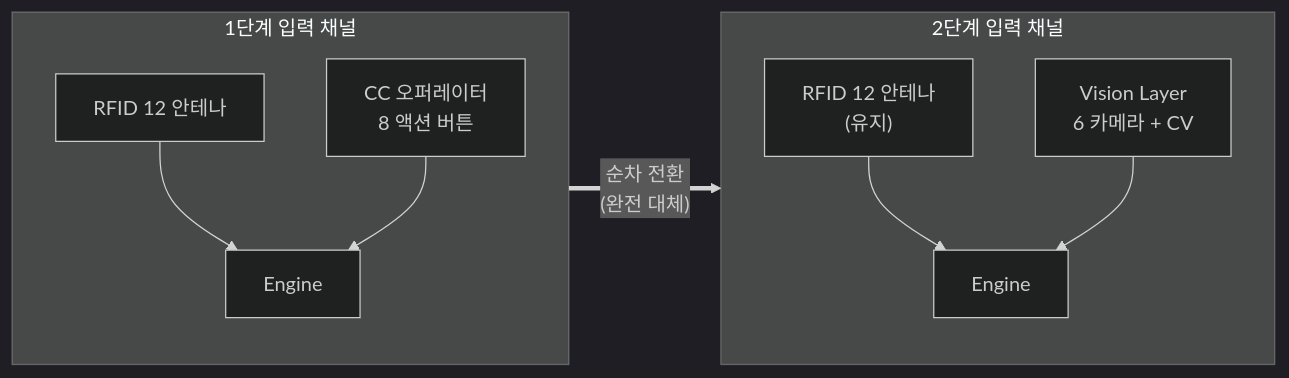
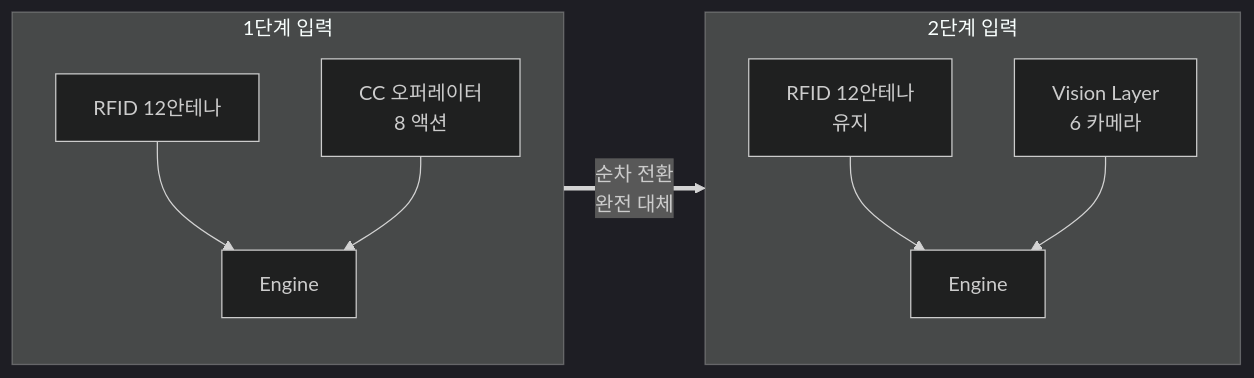
Diagram 15 of 18 in docs/1. Product/Foundation.md (garimto81/ebs_github), drawn with Mermaid (dark theme) before and after one commit. The commit also changed other lines of this file and 2 other files, not shown here.

Commit message:
docs(foundation): v4.0 Graphic Novel Edition 본문 교체 (Foundation_redesign 통합)

````diff
--- a/docs/1. Product/Foundation.md
+++ b/docs/1. Product/Foundation.md
@@ -1346,12 +865,12 @@
 ```mermaid
 flowchart LR
-    subgraph S1["1단계 입력 채널"]
-        R1[RFID 12 안테나] --> Eng1[Engine]
-        CC[CC 오퍼레이터<br/>8 액션 버튼] --> Eng1
+    subgraph S1["1단계 입력"]
+        R1[RFID 12안테나] --> Eng1[Engine]
+        CC[CC 오퍼레이터<br/>8 액션] --> Eng1
     end
-    subgraph S2["2단계 입력 채널"]
-        R2["RFID 12 안테나<br/>(유지)"] --> Eng2[Engine]
-        CV["Vision Layer<br/>6 카메라 + CV"] --> Eng2
+    subgraph S2["2단계 입력"]
+        R2[RFID 12안테나<br/>유지] --> Eng2[Engine]
+        CV[Vision Layer<br/>6 카메라] --> Eng2
     end
-    S1 ==>|"순차 전환<br/>(완전 대체)"| S2
+    S1 ==>|순차 전환<br/>완전 대체| S2
 ```
````
